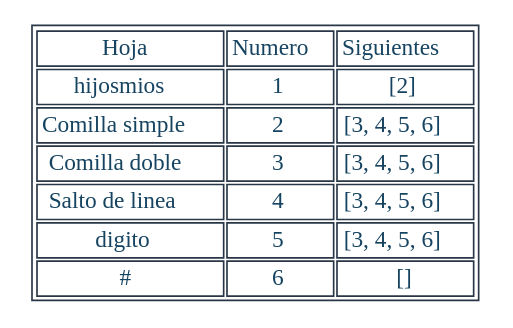
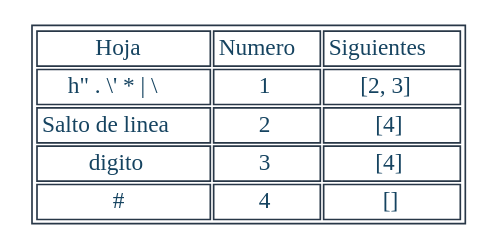
One commit to JeffMendez/OCL_Proyecto1_201901557 changed the diagram in Regexive/archivos/SIGUIENTES_201901557/EXP5.dot. Above: the diagram before and after it, drawn with Graphviz. The commit also changed 31 other files, not shown here.

```diff
--- a/Regexive/archivos/SIGUIENTES_201901557/EXP5.dot
+++ b/Regexive/archivos/SIGUIENTES_201901557/EXP5.dot
@@ -1,21 +1,19 @@
 digraph T {
 aHtmlTable [
    shape=plaintext
    color="#283747" fontcolor="#154360" label=<
 
    <table border='1' cellborder='1'>
    <tr>
       <td>Hoja</td>
       <td>Numero</td>
       <td>Siguientes</td>
-   </tr>	<tr><td>hijosmios</td><td>1</td><td>[2]</td></tr>
-	<tr><td>Comilla simple</td><td>2</td><td>[3, 4, 5, 6]</td></tr>
-	<tr><td>Comilla doble</td><td>3</td><td>[3, 4, 5, 6]</td></tr>
-	<tr><td>Salto de linea</td><td>4</td><td>[3, 4, 5, 6]</td></tr>
-	<tr><td>digito</td><td>5</td><td>[3, 4, 5, 6]</td></tr>
-	<tr><td>#</td><td>6</td><td>[]</td></tr>
+   </tr>	<tr><td>h" . \' * | \</td><td>1</td><td>[2, 3]</td></tr>
+	<tr><td>Salto de linea</td><td>2</td><td>[4]</td></tr>
+	<tr><td>digito</td><td>3</td><td>[4]</td></tr>
+	<tr><td>#</td><td>4</td><td>[]</td></tr>
 </table>
 
    >]; 
 
 }
```
